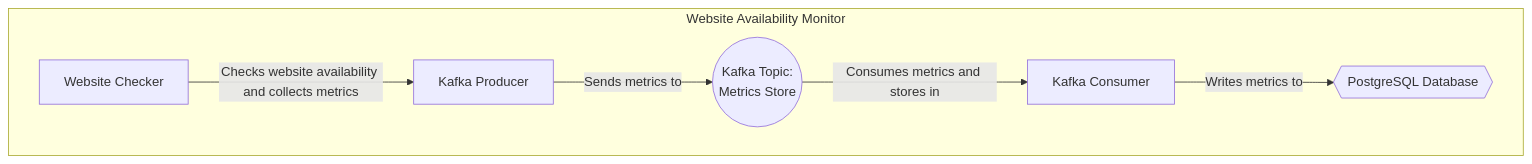
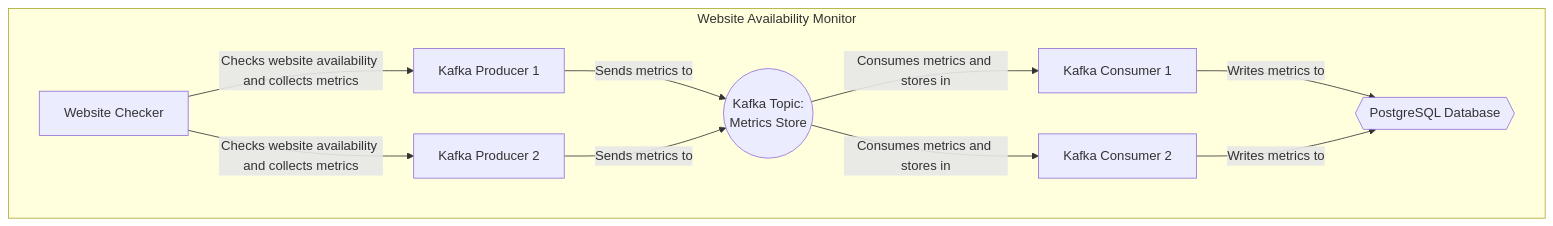
The diagram in README.md (connormclaud/WebsiteAvailabilityMonitor), drawn with Mermaid before and after one commit.

Commit message:
reflect on architecture diagramm that there are multiple consumer/producers possible

````diff
--- a/README.md
+++ b/README.md
@@ -71,9 +71,14 @@
 ```mermaid
 graph TD
   subgraph Website Availability Monitor
-    WebsiteChecker["Website Checker"] -->|Checks website availability and collects metrics| KafkaProducer["Kafka Producer"]
-    KafkaProducer -->|Sends metrics to| KafkaTopic["Kafka Topic"]
-    KafkaTopic(("Kafka Topic: <br/> Metrics Store")) -->|Consumes metrics and stores in| KafkaConsumer["Kafka Consumer"]
-    KafkaConsumer -->|Writes metrics to| PostgreSQLDatabase{{PostgreSQL Database}}
+    WebsiteChecker["Website Checker"] -->|Checks website availability and collects metrics| KafkaProducer1["Kafka Producer 1"]
+    WebsiteChecker -->|Checks website availability and collects metrics| KafkaProducer2["Kafka Producer 2"]
+    KafkaProducer1 -->|Sends metrics to| KafkaTopic["Kafka Topic"]
+    KafkaProducer2 -->|Sends metrics to| KafkaTopic
+    KafkaTopic(("Kafka Topic: <br/> Metrics Store")) -->|Consumes metrics and stores in| KafkaConsumer1["Kafka Consumer 1"]
+    KafkaTopic -->|Consumes metrics and stores in| KafkaConsumer2["Kafka Consumer 2"]
+    KafkaConsumer1 -->|Writes metrics to| PostgreSQLDatabase{{PostgreSQL Database}}
+    KafkaConsumer2 -->|Writes metrics to| PostgreSQLDatabase
 end
+
 ```
````
